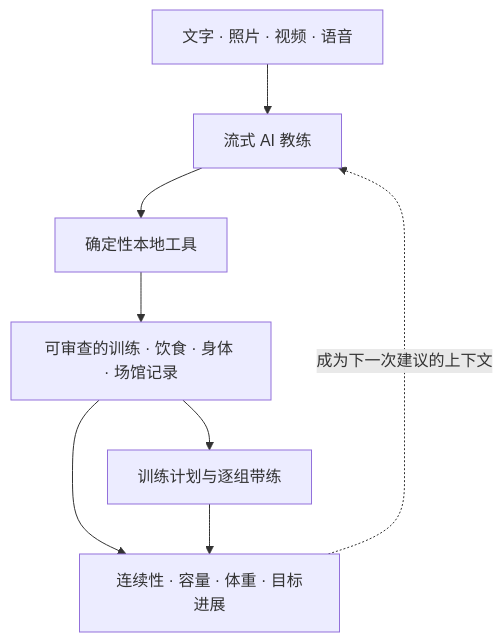
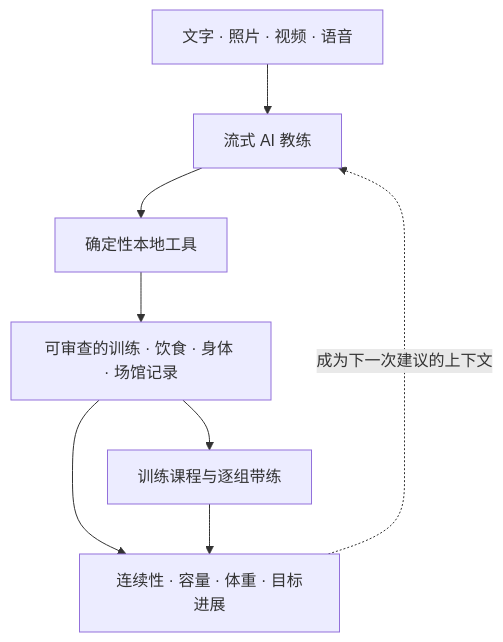
The first of 2 diagrams in README.md (hedon954/soma), drawn with Mermaid before and after one commit. The commit also changed other lines of this file and 35 other files, not shown here.

````diff
--- a/README.md
+++ b/README.md
@@ -60,10 +60,10 @@
 ```mermaid
 flowchart TD
     Input["文字 · 照片 · 视频 · 语音"] --> Coach["流式 AI 教练"]
     Coach --> Tools["确定性本地工具"]
     Tools --> Records["可审查的训练 · 饮食 · 身体 · 场馆记录"]
-    Records --> Plan["训练计划与逐组带练"]
+    Records --> Plan["训练课程与逐组带练"]
     Records --> Progress["连续性 · 容量 · 体重 · 目标进展"]
     Plan --> Progress
     Progress -.->|成为下一次建议的上下文| Coach
 ```
````
